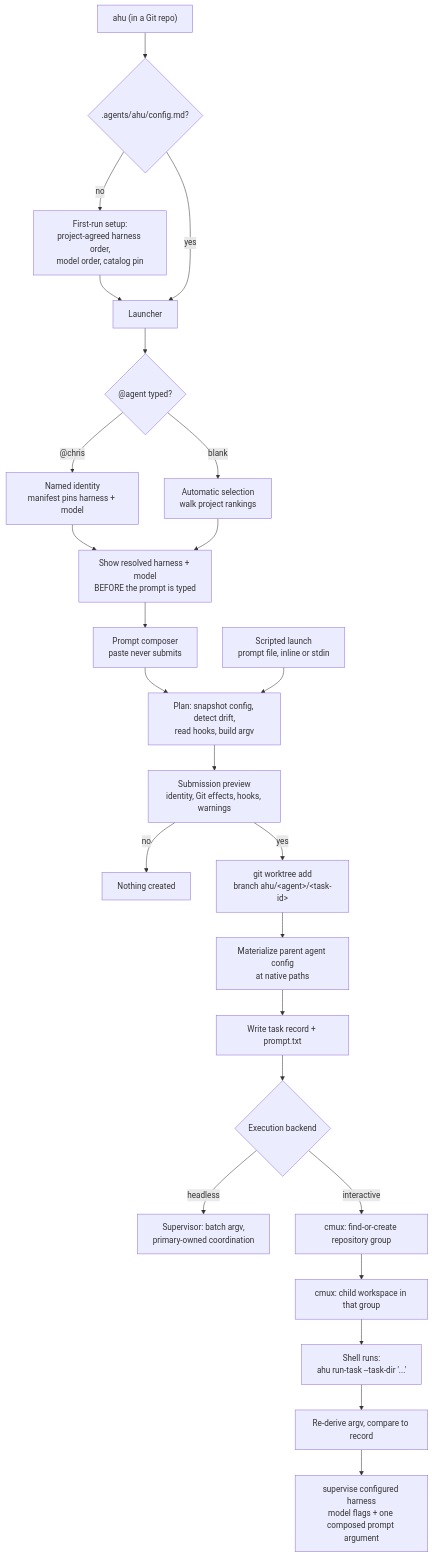
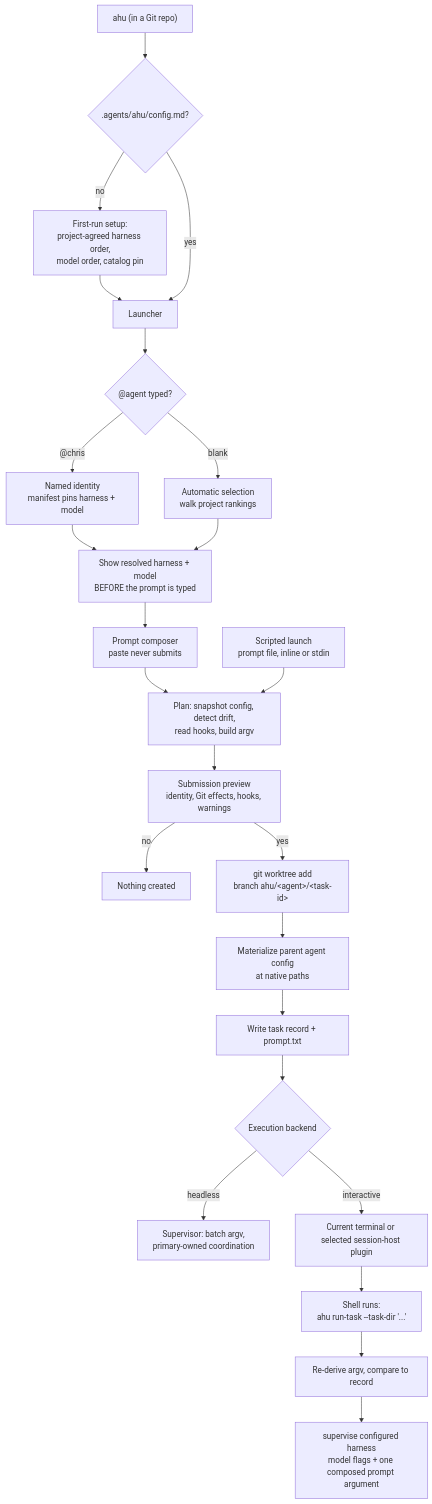
Before and after one commit to moai-agent/ahu: the first of 4 diagrams in .agents/skills/ahu-architecture/SKILL.md, drawn with Mermaid. The commit also changed other lines of this file and 12 other files, not shown here.

````diff
--- a/.agents/skills/ahu-architecture/SKILL.md
+++ b/.agents/skills/ahu-architecture/SKILL.md
@@ -97,30 +97,29 @@
 ```mermaid
 flowchart TD
     A["ahu (in a Git repo)"] --> B{".agents/ahu/config.md?"}
     B -- no --> C["First-run setup:<br/>project-agreed harness order,<br/>model order, catalog pin"]
     C --> D
     B -- yes --> D["Launcher"]
 
     D --> E{"@agent typed?"}
     E -- "@chris" --> F["Named identity<br/>manifest pins harness + model"]
     E -- blank --> G["Automatic selection<br/>walk project rankings"]
     F --> H["Show resolved harness + model<br/>BEFORE the prompt is typed"]
     G --> H
 
     H --> I["Prompt composer<br/>paste never submits"]
     I --> J["Plan: snapshot config, detect drift,<br/>read hooks, build argv"]
     X["Scripted launch<br/>prompt file, inline or stdin"] --> J
     J --> K["Submission preview<br/>identity, Git effects, hooks, warnings"]
     K -- "no" --> L["Nothing created"]
     K -- "yes" --> M["git worktree add<br/>branch ahu/&lt;agent&gt;/&lt;task-id&gt;"]
 
     M --> N["Materialize parent agent config<br/>at native paths"]
     N --> O["Write task record + prompt.txt"]
     O --> U{"Execution backend"}
     U -- headless --> V["Supervisor: batch argv,<br/>primary-owned coordination"]
-    U -- interactive --> P["cmux: find-or-create repository group"]
-    P --> Q["cmux: child workspace in that group"]
-    Q --> R["Shell runs:<br/>ahu run-task --task-dir '...'"]
+    U -- interactive --> P["Current terminal or selected session-host plugin"]
+    P --> R["Shell runs:<br/>ahu run-task --task-dir '...'"]
     R --> S["Re-derive argv, compare to record"]
     S --> T["supervise configured harness<br/>model flags + one composed prompt argument"]
 ```
````
